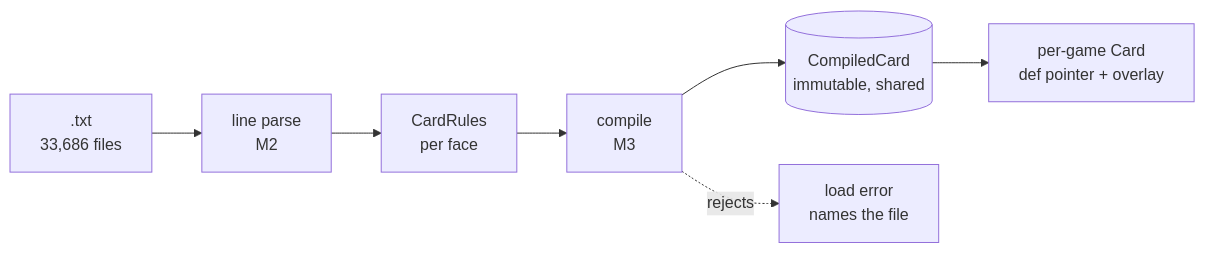
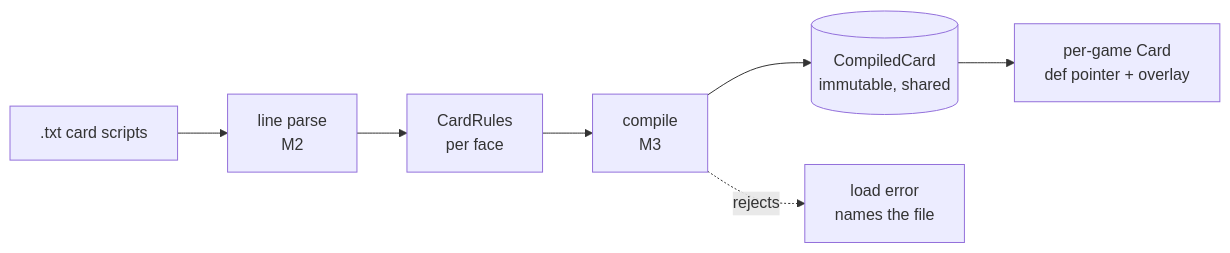
Before and after one commit to Card-Forge/forge: the diagram in docs/crucible/design/card-compilation-pipeline.md, drawn with Mermaid. The commit also changed other lines of this file and 21 other files, not shown here.

````diff
--- a/docs/crucible/design/card-compilation-pipeline.md
+++ b/docs/crucible/design/card-compilation-pipeline.md
@@ -17,9 +17,9 @@
 ```mermaid
 flowchart LR
-  txt[".txt<br/>33,686 files"] --> line["line parse<br/>M2"]
+  txt[".txt card scripts"] --> line["line parse<br/>M2"]
   line --> rules["CardRules<br/>per face"]
   rules --> comp["compile<br/>M3"]
   comp --> def[("CompiledCard<br/>immutable, shared")]
   comp -. rejects .-> err["load error<br/>names the file"]
   def --> game["per-game Card<br/>def pointer + overlay"]
 ```
````
